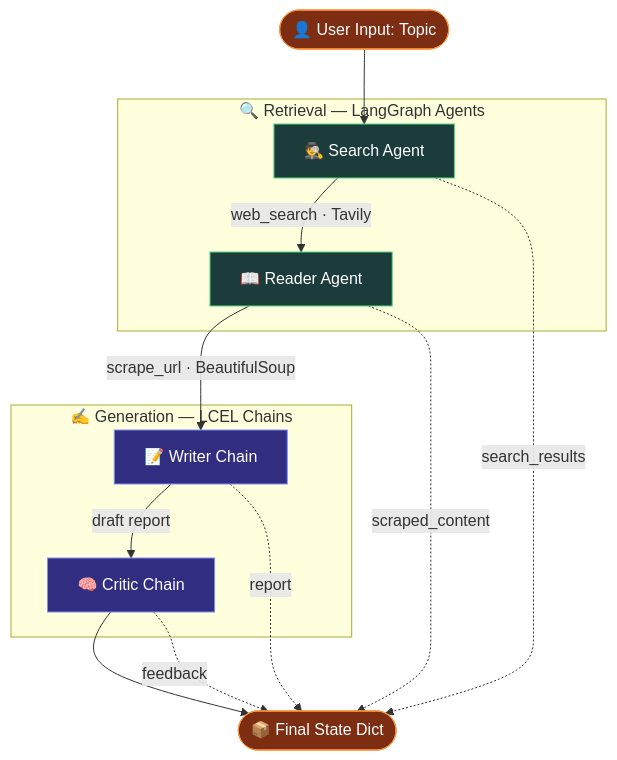
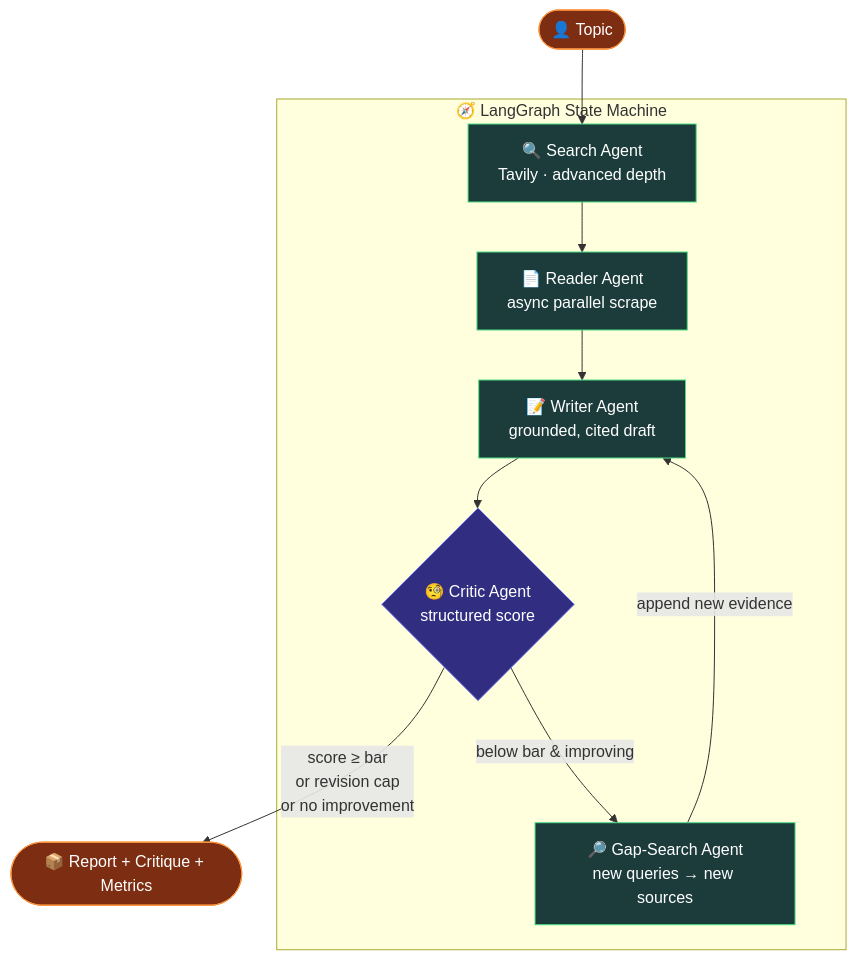
The first of 3 diagrams in README.md (AaryaButolia11/Multi-Agent-Research-System-LangChain), drawn with Mermaid before and after one commit. The commit also changed other lines of this file and 6 other files, not shown here.

````diff
--- a/README.md
+++ b/README.md
@@ -80,34 +78,26 @@
 ```mermaid
 flowchart TD
-    U([👤 User Input: Topic])
+    U([👤 Topic])
 
-    subgraph RETRIEVAL["🔍 Retrieval — LangGraph Agents"]
-        SA["🕵️ Search Agent"]
-        RA["📖 Reader Agent"]
+    subgraph GRAPH["🧭 LangGraph State Machine"]
+        S["🔍 Search Agent<br/>Tavily · advanced depth"]
+        R["📄 Reader Agent<br/>async parallel scrape"]
+        W["📝 Writer Agent<br/>grounded, cited draft"]
+        C{"🧐 Critic Agent<br/>structured score"}
+        G["🔎 Gap-Search Agent<br/>new queries → new sources"]
     end
 
-    subgraph GENERATION["✍️ Generation — LCEL Chains"]
-        WC["📝 Writer Chain"]
-        CC["🧠 Critic Chain"]
-    end
+    OUT([📦 Report + Critique + Metrics])
 
-    OUT([📦 Final State Dict])
-
-    U --> SA
-    SA -->|web_search · Tavily| RA
-    RA -->|scrape_url · BeautifulSoup| WC
-    WC -->|draft report| CC
-    CC --> OUT
-
-    SA -.->|search_results| OUT
-    RA -.->|scraped_content| OUT
-    WC -.->|report| OUT
-    CC -.->|feedback| OUT
+    U --> S --> R --> W --> C
+    C -->|"score ≥ bar<br/>or revision cap<br/>or no improvement"| OUT
+    C -->|"below bar & improving"| G
+    G -->|"append new evidence"| W
 
     classDef agent fill:#1C3C3C,stroke:#4ade80,color:#fff
-    classDef chain fill:#312e81,stroke:#818cf8,color:#fff
+    classDef gate fill:#312e81,stroke:#818cf8,color:#fff
     classDef io fill:#7c2d12,stroke:#fb923c,color:#fff
-    class SA,RA agent
-    class WC,CC chain
+    class S,R,W,G agent
+    class C gate
     class U,OUT io
 ```
````
